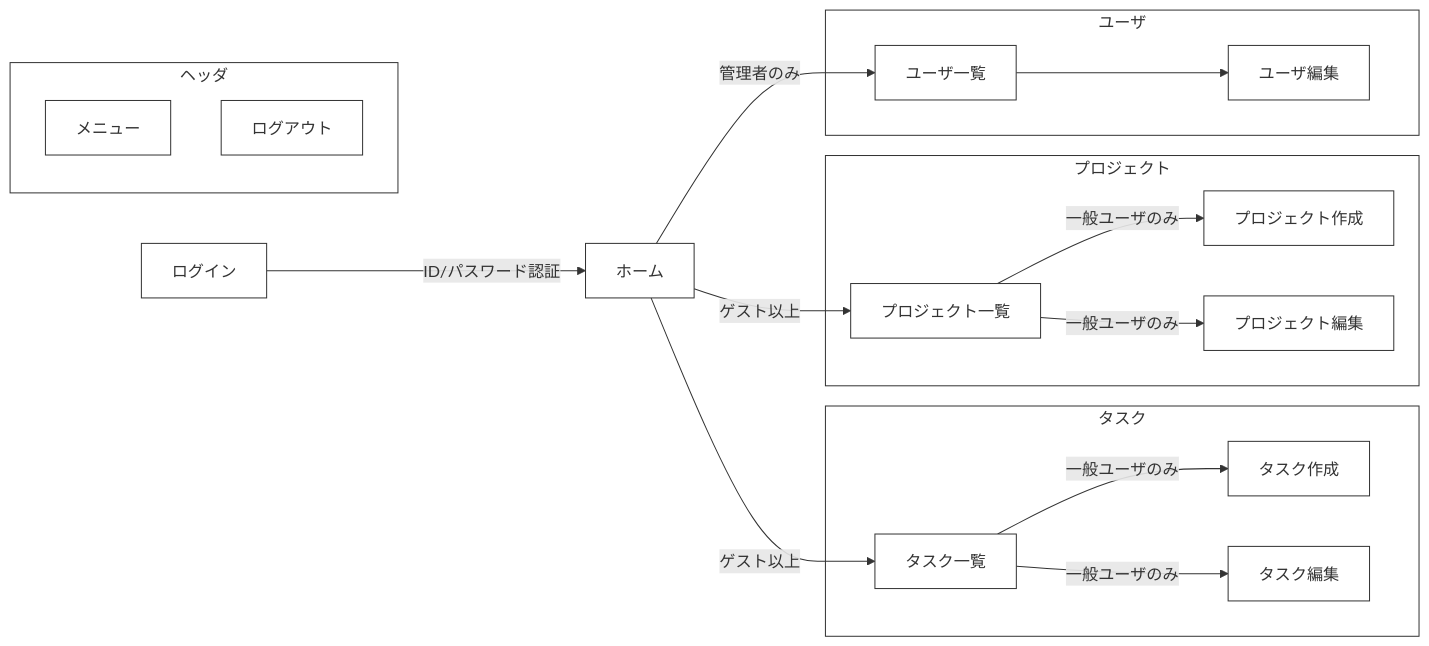
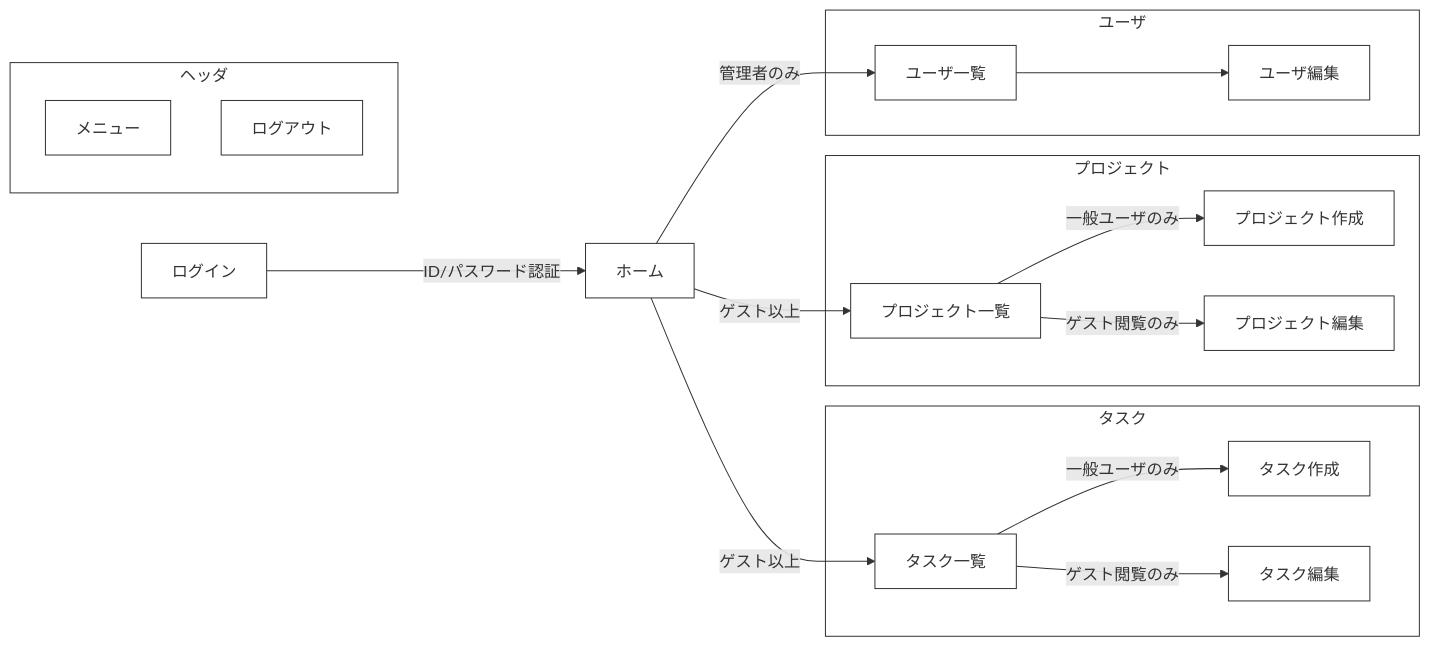
The first of 4 diagrams in README.md (shuhei1101/sample-react-app), drawn with Mermaid before and after one commit.

Commit message:
doc: README一部修正

````diff
--- a/README.md
+++ b/README.md
@@ -45,32 +45,32 @@
 ```mermaid
 graph LR
 
   classDef default fill: #fff,stroke: #333,stroke-width: 1px;
   style header fill: #fff,stroke: #333,stroke-width: 1px;
   style project fill: #fff,stroke: #333,stroke-width: 1px;
   style task fill: #fff,stroke: #333,stroke-width: 1px;
   style user fill: #fff,stroke: #333,stroke-width: 1px;
 
   ログイン--ID/パスワード認証-->ホーム
 
   ホーム--ゲスト以上-->プロジェクト一覧
   ホーム--ゲスト以上-->タスク一覧
   ホーム--管理者のみ-->ユーザ一覧
 
   subgraph task [タスク]
     タスク一覧--一般ユーザのみ-->タスク作成
-    タスク一覧--一般ユーザのみ-->タスク編集
+    タスク一覧--ゲスト閲覧のみ-->タスク編集
   end
   subgraph project [プロジェクト]
     プロジェクト一覧--一般ユーザのみ-->プロジェクト作成
-    プロジェクト一覧--一般ユーザのみ-->プロジェクト編集
+    プロジェクト一覧--ゲスト閲覧のみ-->プロジェクト編集
   end
   subgraph user [ユーザ]
     ユーザ一覧-->ユーザ編集
   end
 
   subgraph header [ヘッダ]
     メニュー
     ログアウト
   end
 ```
````
